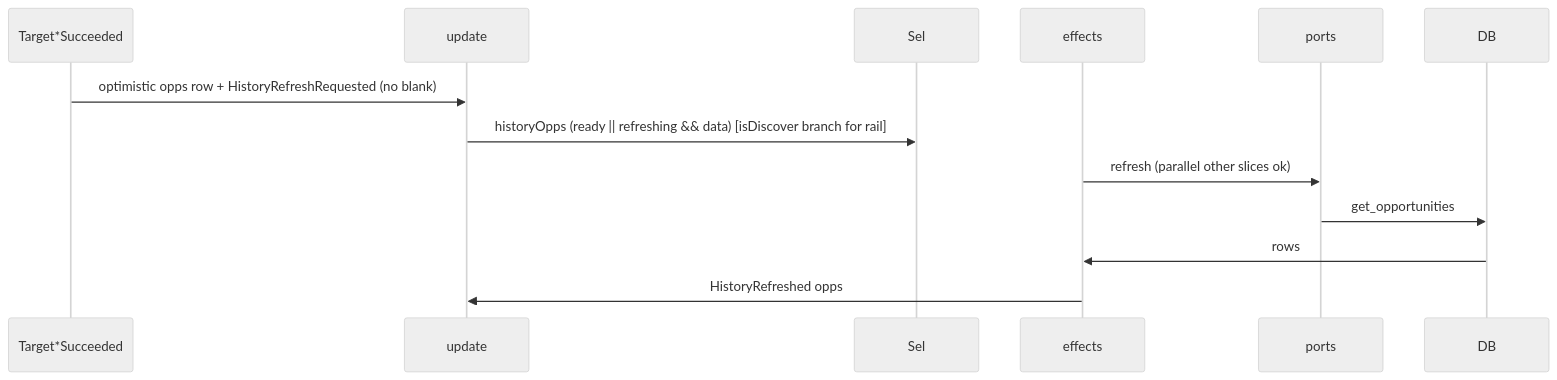
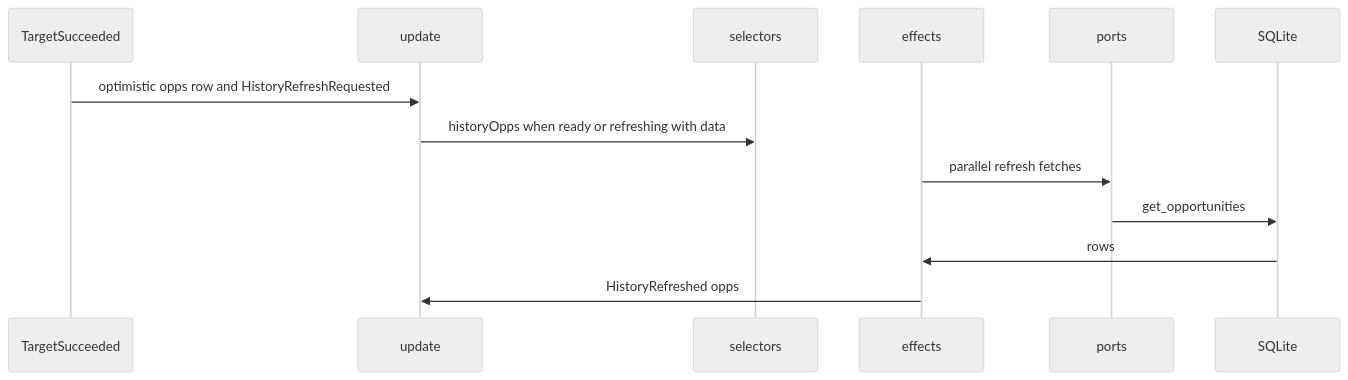
Diagram 15 of 18 in reports/intuitive-shell-plan.md (p10ns11y/collab-finder), drawn with Mermaid (neutral theme) before and after one commit. The commit also changed other lines of this file and 1 other file, not shown here.

First line of the commit message:
docs: fix GitHub Mermaid parse errors in planning reports

````diff
--- a/reports/intuitive-shell-plan.md
+++ b/reports/intuitive-shell-plan.md
@@ -478,9 +481,16 @@
 ```mermaid
 sequenceDiagram
-  Target*Succeeded->>update: optimistic opps row + HistoryRefreshRequested (no blank)
-  update->>Sel: historyOpps (ready || refreshing && data)  [isDiscover branch for rail]
-  effects->>ports: refresh (parallel other slices ok)
-  ports->>DB: get_opportunities
-  DB->>effects: rows
-  effects->>update: HistoryRefreshed opps
+  participant T as TargetSucceeded
+  participant U as update
+  participant Sel as selectors
+  participant E as effects
+  participant P as ports
+  participant DB as SQLite
+
+  T->>U: optimistic opps row and HistoryRefreshRequested
+  U->>Sel: historyOpps when ready or refreshing with data
+  E->>P: parallel refresh fetches
+  P->>DB: get_opportunities
+  DB->>E: rows
+  E->>U: HistoryRefreshed opps
 ```
````
